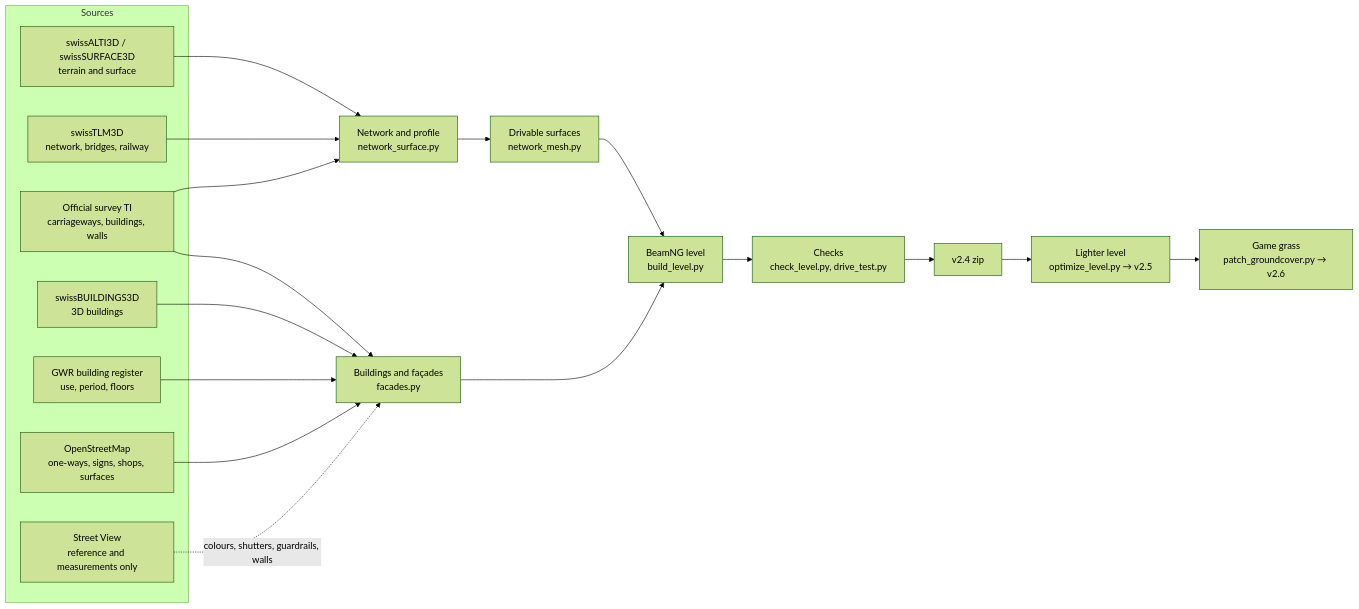
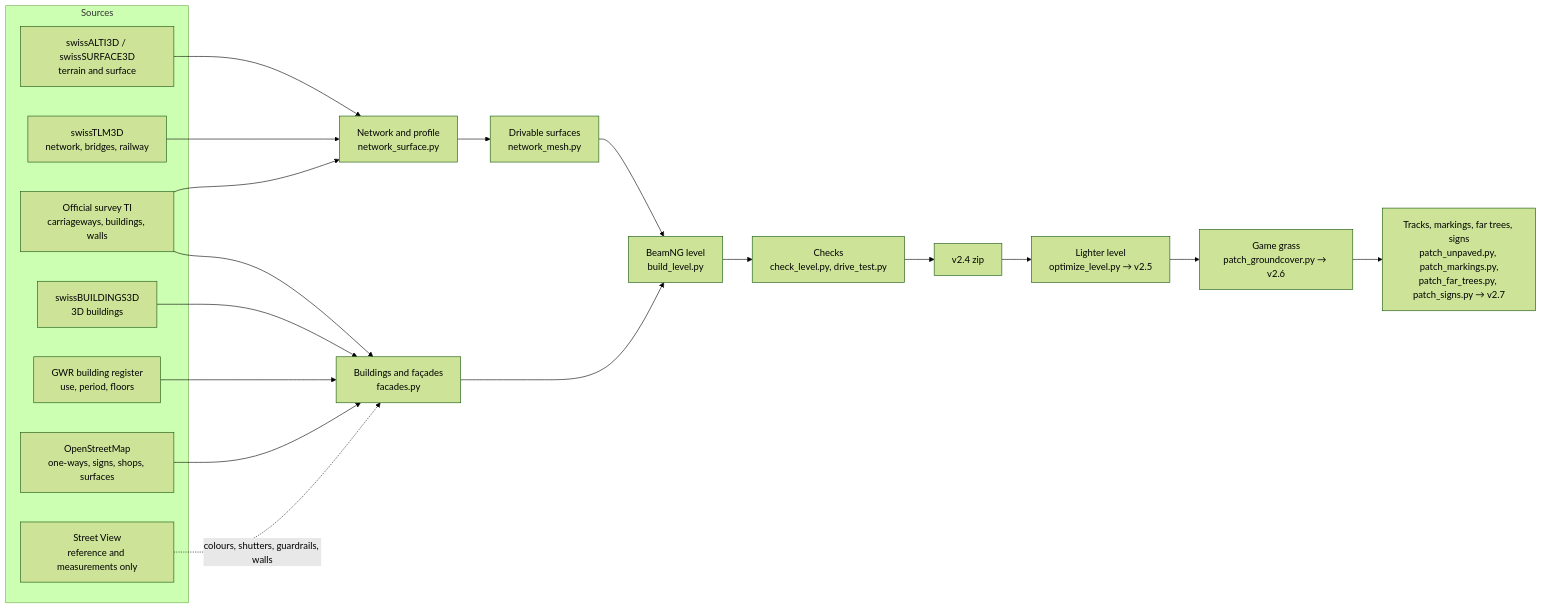
Before and after one commit to wintrymichi/magliasinaNG: the diagram in README.md, drawn with Mermaid (forest theme). The commit also changed other lines of this file, not shown here.

First line of the commit message:
README: v2.7 state (signs, markings, far trees, load times), issues #30 and #31

````diff
--- a/README.md
+++ b/README.md
@@ -121,21 +123,22 @@
 ```mermaid
 flowchart LR
     subgraph Sources
         A[swissALTI3D / swissSURFACE3D<br/>terrain and surface]
         B[swissTLM3D<br/>network, bridges, railway]
         C[Official survey TI<br/>carriageways, buildings, walls]
         D[swissBUILDINGS3D<br/>3D buildings]
         E[GWR building register<br/>use, period, floors]
         F[OpenStreetMap<br/>one-ways, signs, shops, surfaces]
         G[Street View<br/>reference and measurements only]
     end
     A & B & C --> R[Network and profile<br/>network_surface.py]
     R --> M[Drivable surfaces<br/>network_mesh.py]
     D & C & E & F --> H[Buildings and façades<br/>facades.py]
     G -. colours, shutters, guardrails, walls .-> H
     M & H --> L[BeamNG level<br/>build_level.py]
     L --> Q[Checks<br/>check_level.py, drive_test.py]
     Q --> Z[v2.4 zip]
     Z --> O[Lighter level<br/>optimize_level.py → v2.5]
     O --> P[Game grass<br/>patch_groundcover.py → v2.6]
+    P --> S[Tracks, markings, far trees, signs<br/>patch_unpaved.py, patch_markings.py,<br/>patch_far_trees.py, patch_signs.py → v2.7]
 ```
````
